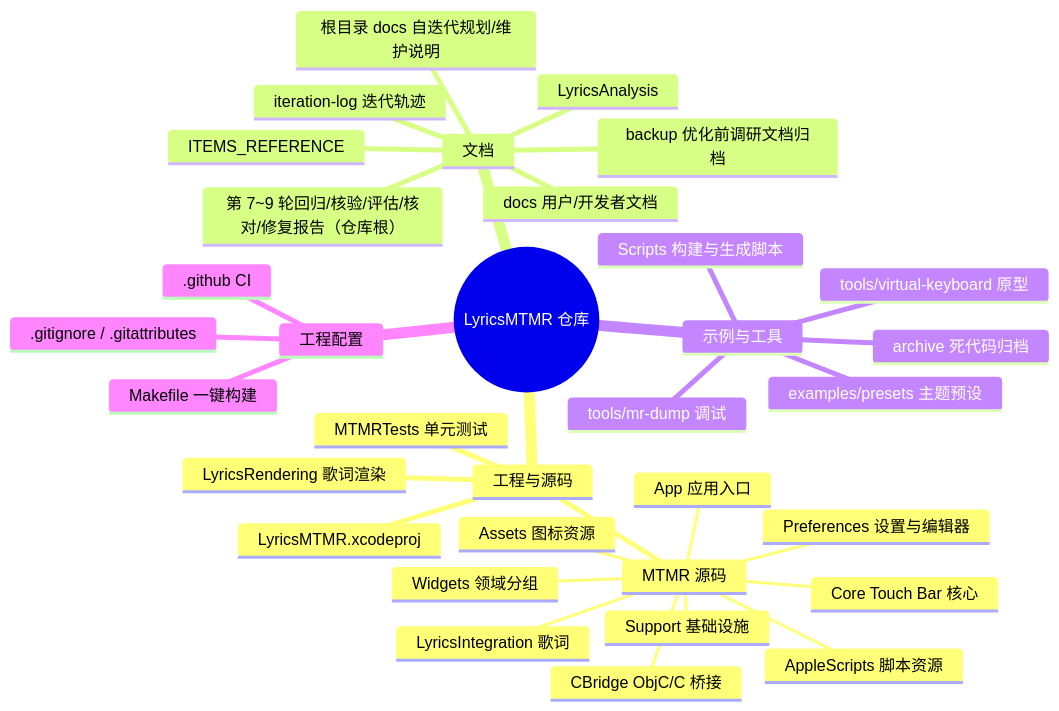
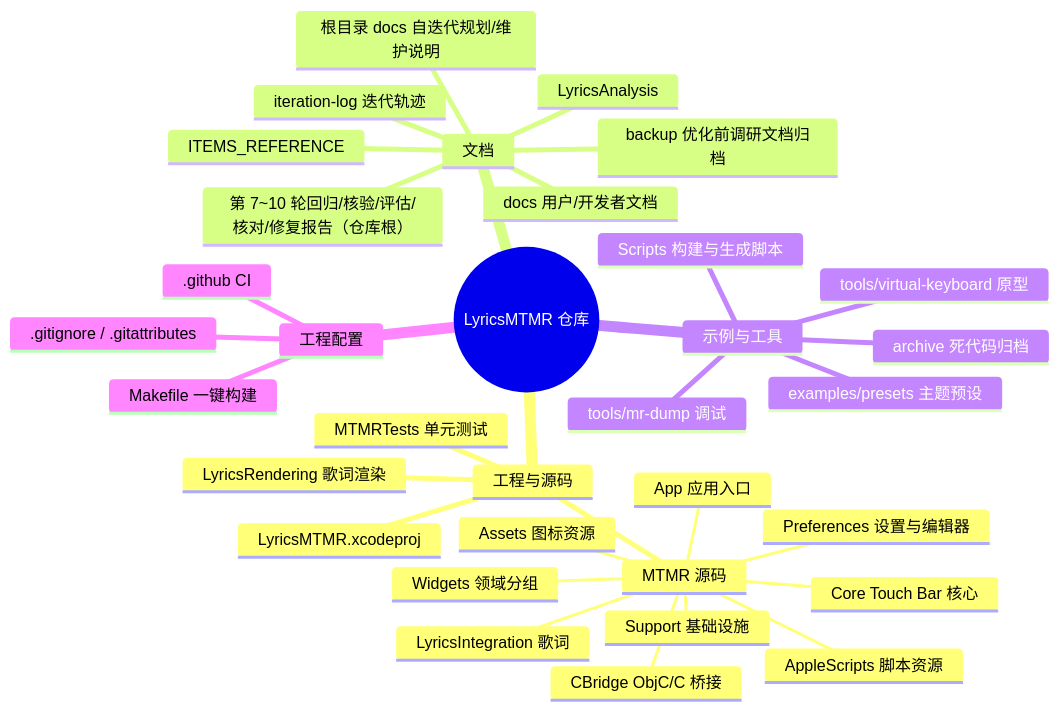
One commit to Tangzishun-Li/LyricsMTMR changed the first of 2 diagrams in LyricsMTMR/docs/file-structure.zh.md. Above: the diagram before and after it, drawn with Mermaid. The commit also changed other lines of this file and 2 other files, not shown here.

Commit message:
docs(round10): 第10轮核验 — 年度维护核验（第4次）：ITER-14 待办健在（:388/27日期+6补班星期全对/金丝雀直查:195-196在位）+ 文档一致性三方核对一致，file-structure 清单补登记第9轮回归报告、mindmap 7~10轮、预登记第10轮核验报告 + iteration-log 记录

````diff
--- a/LyricsMTMR/docs/file-structure.zh.md
+++ b/LyricsMTMR/docs/file-structure.zh.md
@@ -10,36 +10,36 @@
 ```mermaid
 mindmap
   root((LyricsMTMR 仓库))
     工程与源码
       LyricsMTMR.xcodeproj
       MTMR 源码
         App 应用入口
         Core Touch Bar 核心
         Support 基础设施
         Widgets 领域分组
         Preferences 设置与编辑器
         LyricsIntegration 歌词
         CBridge ObjC/C 桥接
         AppleScripts 脚本资源
         Assets 图标资源
       LyricsRendering 歌词渲染
       MTMRTests 单元测试
     文档
       docs 用户/开发者文档
       ITEMS_REFERENCE
       LyricsAnalysis
       backup 优化前调研文档归档
       iteration-log 迭代轨迹
       根目录 docs 自迭代规划/维护说明
-      第 7~9 轮回归/核验/评估/核对/修复报告（仓库根）
+      第 7~10 轮回归/核验/评估/核对/修复报告（仓库根）
     示例与工具
       examples/presets 主题预设
       tools/mr-dump 调试
       tools/virtual-keyboard 原型
       Scripts 构建与生成脚本
       archive 死代码归档
     工程配置
       .github CI
       .gitignore / .gitattributes
       Makefile 一键构建
 ```
````
